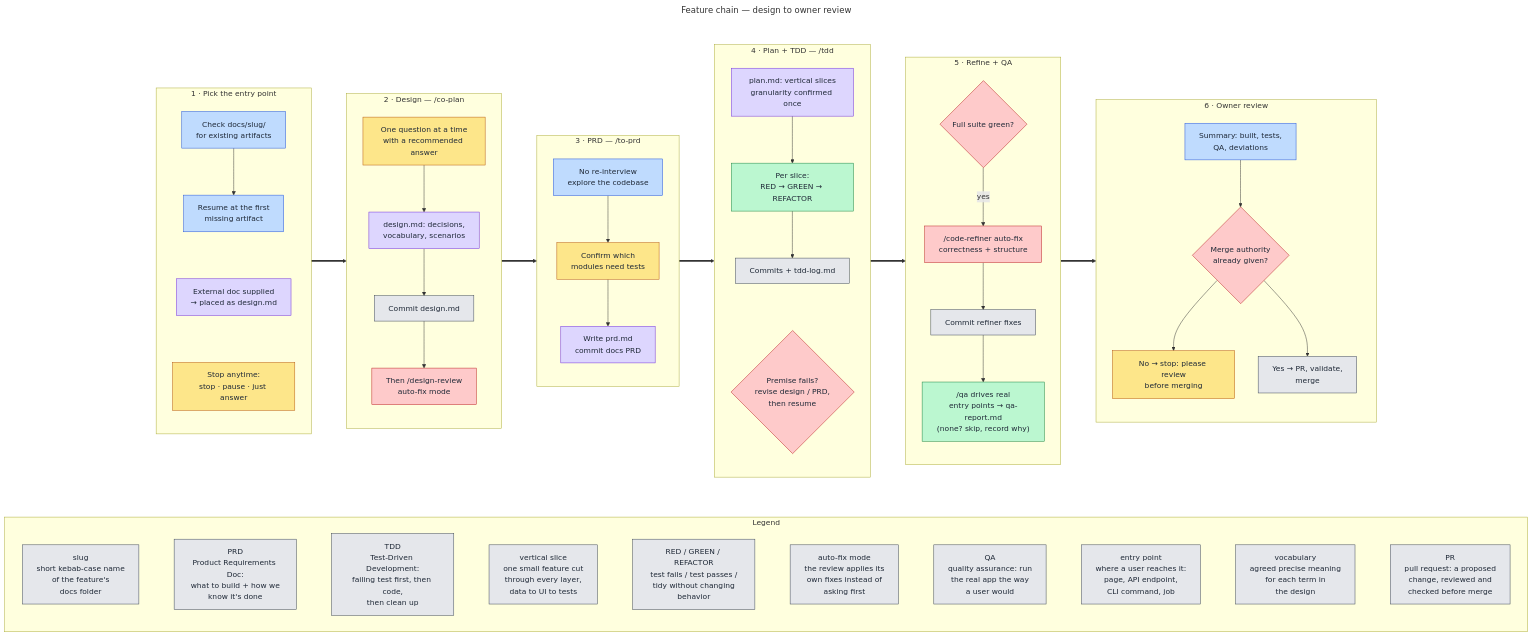
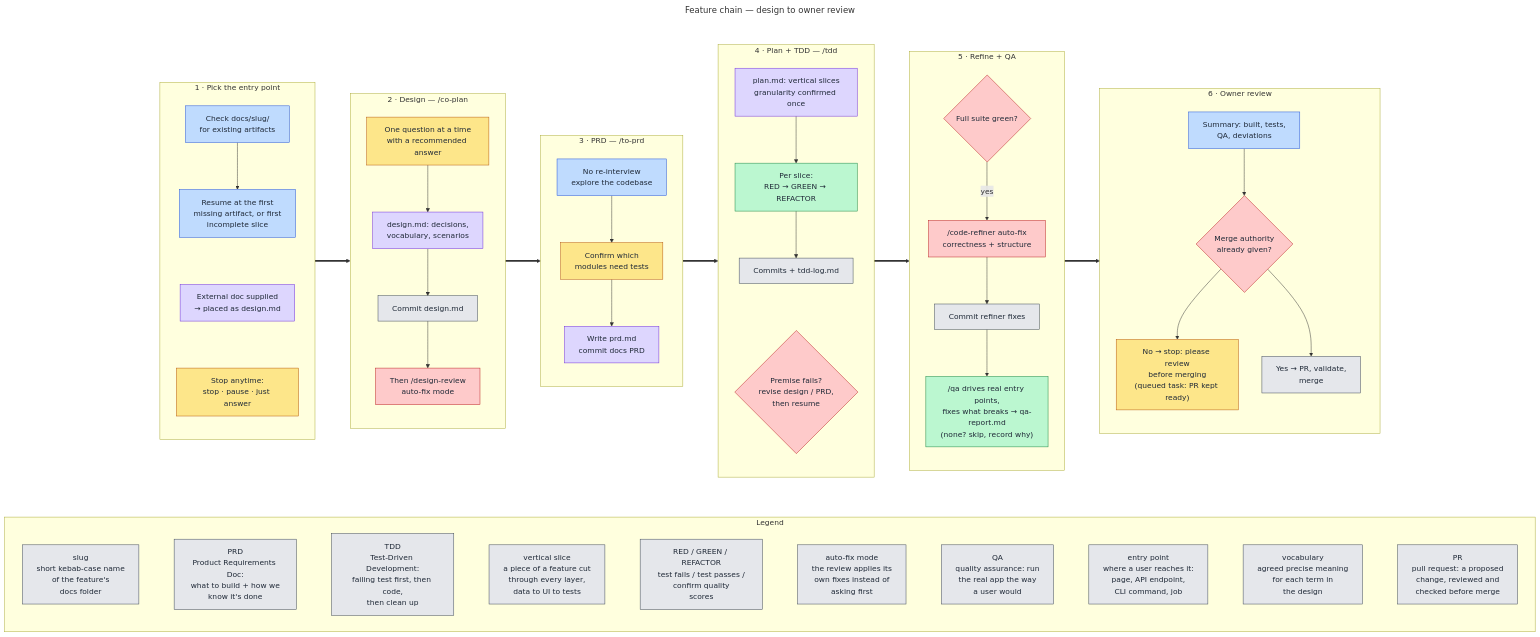
The diagram in docs/diagrams/src/feature-chain.mmd (victusfate/scaffold), drawn with Mermaid before and after one commit. The commit also changed 3 other files, not shown here.

Commit message:
docs(diagrams): correct tdd, feature-chain against their sources

```diff
--- a/docs/diagrams/src/feature-chain.mmd
+++ b/docs/diagrams/src/feature-chain.mmd
@@ -1,94 +1,94 @@
 ---
 title: Feature chain — design to owner review
 ---
 flowchart TB
   classDef owner fill:#fde68a,stroke:#b45309,color:#1f2937
   classDef orch fill:#bfdbfe,stroke:#1d4ed8,color:#1f2937
   classDef state fill:#ddd6fe,stroke:#6d28d9,color:#1f2937
   classDef lane fill:#bbf7d0,stroke:#15803d,color:#1f2937
   classDef git fill:#e5e7eb,stroke:#374151,color:#1f2937
   classDef gate fill:#fecaca,stroke:#b91c1c,color:#1f2937
 
   %% Edges run between stage subgraphs (not inner nodes) so each stage keeps
   %% its own top-to-bottom direction and the whole image stays landscape.
 
   subgraph FLOW[" "]
   direction LR
 
   subgraph ENTRY["1 · Pick the entry point"]
     direction TB
     E1["Check docs/slug/<br/>for existing artifacts"]:::orch
-    E2["Resume at the first<br/>missing artifact"]:::orch
+    E2["Resume at the first<br/>missing artifact, or first<br/>incomplete slice"]:::orch
     E3["External doc supplied<br/>→ placed as design.md"]:::state
     E4["Stop anytime:<br/>stop · pause · just answer"]:::owner
     E1 --> E2
     E2 ~~~ E3 ~~~ E4
   end
 
   subgraph DESIGN["2 · Design — /co-plan"]
     direction TB
     D1["One question at a time<br/>with a recommended answer"]:::owner
     D2["design.md: decisions,<br/>vocabulary, scenarios"]:::state
     D4["Commit design.md"]:::git
     D3["Then /design-review<br/>auto-fix mode"]:::gate
     D1 --> D2 --> D4 --> D3
   end
 
   subgraph PRD["3 · PRD — /to-prd"]
     direction TB
     P1["No re-interview<br/>explore the codebase"]:::orch
     P2["Confirm which<br/>modules need tests"]:::owner
     P3["Write prd.md<br/>commit docs PRD"]:::state
     P1 --> P2 --> P3
   end
 
   subgraph TDD["4 · Plan + TDD — /tdd"]
     direction TB
     T1["plan.md: vertical slices<br/>granularity confirmed once"]:::state
     T2["Per slice:<br/>RED → GREEN → REFACTOR"]:::lane
     T3["Commits + tdd-log.md"]:::git
     T4{"Premise fails?<br/>revise design / PRD,<br/>then resume"}:::gate
     T1 --> T2 --> T3
     T3 ~~~ T4
   end
 
   subgraph REFINE["5 · Refine + QA"]
     direction TB
     R1{"Full suite green?"}:::gate
     R2["/code-refiner auto-fix<br/>correctness + structure"]:::gate
     R3["Commit refiner fixes"]:::git
-    R4["/qa drives real<br/>entry points → qa-report.md<br/>(none? skip, record why)"]:::lane
+    R4["/qa drives real entry points,<br/>fixes what breaks → qa-report.md<br/>(none? skip, record why)"]:::lane
     R1 -->|yes| R2 --> R3 --> R4
   end
 
   subgraph REVIEW["6 · Owner review"]
     direction TB
     V1["Summary: built, tests,<br/>QA, deviations"]:::orch
     V2{"Merge authority<br/>already given?"}:::gate
-    V3["No → stop: please review<br/>before merging"]:::owner
+    V3["No → stop: please review<br/>before merging<br/>(queued task: PR kept ready)"]:::owner
     V4["Yes → PR, validate,<br/>merge"]:::git
     V1 --> V2
     V2 --> V3
     V2 --> V4
   end
 
   ENTRY ==> DESIGN ==> PRD ==> TDD ==> REFINE ==> REVIEW
   end
   style FLOW fill:none,stroke:none
 
   subgraph LEGEND["Legend"]
     direction LR
     L1["slug<br/>short kebab-case name<br/>of the feature's<br/>docs folder"]:::git
     L2["PRD<br/>Product Requirements Doc:<br/>what to build + how we<br/>know it's done"]:::git
     L3["TDD<br/>Test-Driven Development:<br/>failing test first, then code,<br/>then clean up"]:::git
-    L4["vertical slice<br/>one small feature cut<br/>through every layer,<br/>data to UI to tests"]:::git
-    L5["RED / GREEN / REFACTOR<br/>test fails / test passes /<br/>tidy without changing<br/>behavior"]:::git
+    L4["vertical slice<br/>a piece of a feature cut<br/>through every layer,<br/>data to UI to tests"]:::git
+    L5["RED / GREEN / REFACTOR<br/>test fails / test passes /<br/>confirm quality<br/>scores"]:::git
     L6["auto-fix mode<br/>the review applies its<br/>own fixes instead of<br/>asking first"]:::git
     L7["QA<br/>quality assurance: run<br/>the real app the way<br/>a user would"]:::git
     L8["entry point<br/>where a user reaches it:<br/>page, API endpoint,<br/>CLI command, job"]:::git
     L9["vocabulary<br/>agreed precise meaning<br/>for each term in<br/>the design"]:::git
     L10["PR<br/>pull request: a proposed<br/>change, reviewed and<br/>checked before merge"]:::git
     L1 ~~~ L2 ~~~ L3 ~~~ L4 ~~~ L5 ~~~ L6 ~~~ L7 ~~~ L8 ~~~ L9 ~~~ L10
   end
 
   FLOW ~~~ LEGEND
```
